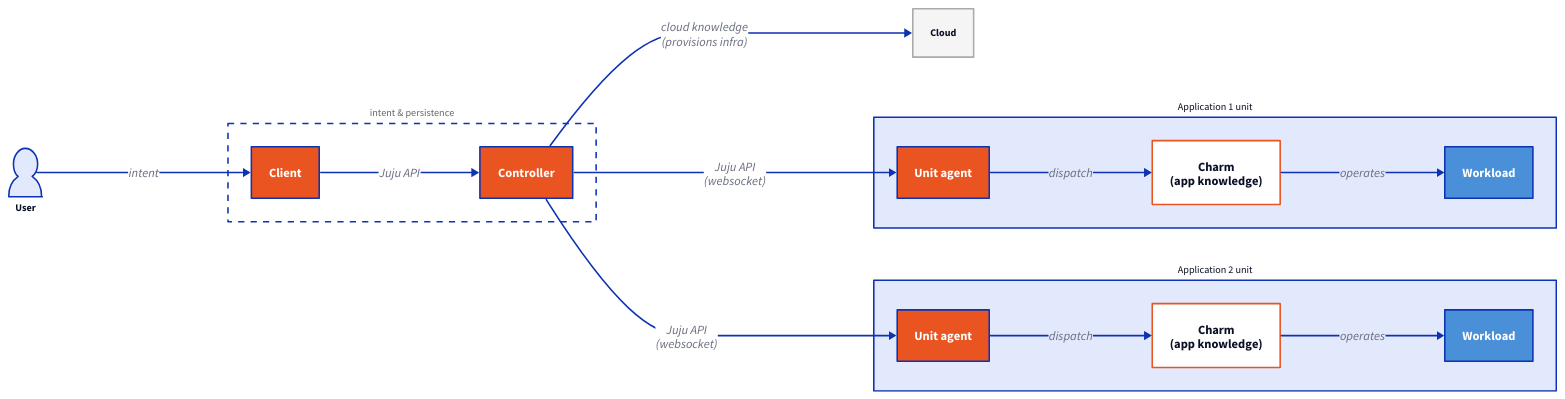
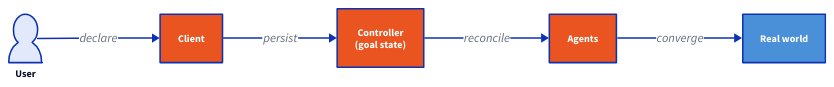
One commit to juju/juju changed the second of 11 diagrams in docs/explanation/architecture.md. Above: the diagram before and after it, drawn with D2. The commit also changed other lines of this file, not shown here.

Commit message:
docs(architecture): replace combined Insight diagram with two focused diagrams
Diagram 1 (separation of concerns): User -> Juju -> Clouds/Charmhub/Apps.
One point: Juju sits between user and both cloud and application knowledge,
handling each without either leaking into the other.

Diagram 2 (intent vs execution): User declare -> Client persist ->
Controller (goal state) reconcile -> Agents converge -> Real world.
One point: declaration is separated from execution; the controller holds
goal state durably and agents close the gap continuously.

Each diagram makes exactly one point. The prose paragraph before each
diagram sets up the point; the diagram makes it visual.

````diff
--- a/docs/explanation/architecture.md
+++ b/docs/explanation/architecture.md
@@ -54,67 +88,33 @@
 ```{d2}
-:alt: User sends intent to Client. Client calls Juju API on Controller. Controller provisions infrastructure from Cloud (cloud knowledge). Controller drives Application 1 unit and Application 2 unit via Juju API websocket (execution). Inside each unit: Unit agent dispatches Charm (app knowledge); Charm operates Workload.
+:alt: User declares to Client. Client persists to Controller (goal state). Controller reconciles via Agents. Agents converge the Real world.
 direction: right
 *.style.font-size: 13
 
 user.shape: person
 user.label: "User"
 
-intent_side: "intent & persistence" {
-  style.stroke-dash: 4
-  style.font-color: "#666"
-  style.fill: transparent
-  client: "Client" {
-    style.fill: "#E95420"
-    style.font-color: white
-  }
-  controller: "Controller" {
-    style.fill: "#E95420"
-    style.font-color: white
-  }
-  client -> controller: "Juju API"
+client: "Client" {
+  style.fill: "#E95420"
+  style.font-color: white
 }
 
-cloud: "Cloud" {
-  style.fill: "#F5F5F5"
-  style.stroke: "#AAA"
+controller: "Controller\n(goal state)" {
+  style.fill: "#E95420"
+  style.font-color: white
 }
 
-app1: "Application 1 unit" {
-  unit_agent: "Unit agent" {
-    style.fill: "#E95420"
-    style.font-color: white
-  }
-  charm: "Charm\n(app knowledge)" {
-    style.fill: white
-    style.stroke: "#E95420"
-  }
-  workload: "Workload" {
-    style.fill: "#4A90D9"
-    style.font-color: white
-  }
-  unit_agent -> charm: "dispatch"
-  charm -> workload: "operates"
+agents: "Agents" {
+  style.fill: "#E95420"
+  style.font-color: white
 }
 
-app2: "Application 2 unit" {
-  unit_agent: "Unit agent" {
-    style.fill: "#E95420"
-    style.font-color: white
-  }
-  charm: "Charm\n(app knowledge)" {
-    style.fill: white
-    style.stroke: "#E95420"
-  }
-  workload: "Workload" {
-    style.fill: "#4A90D9"
-    style.font-color: white
-  }
-  unit_agent -> charm: "dispatch"
-  charm -> workload: "operates"
+reality: "Real world" {
+  style.fill: "#4A90D9"
+  style.font-color: white
 }
 
-user -> intent_side.client: "intent"
-intent_side.controller -> cloud: "cloud knowledge\n(provisions infra)"
-intent_side.controller -> app1.unit_agent: "Juju API\n(websocket)"
-intent_side.controller -> app2.unit_agent: "Juju API\n(websocket)"
+user -> client: "declare"
+client -> controller: "persist"
+controller -> agents: "reconcile"
+agents -> reality: "converge"
 ```
````
